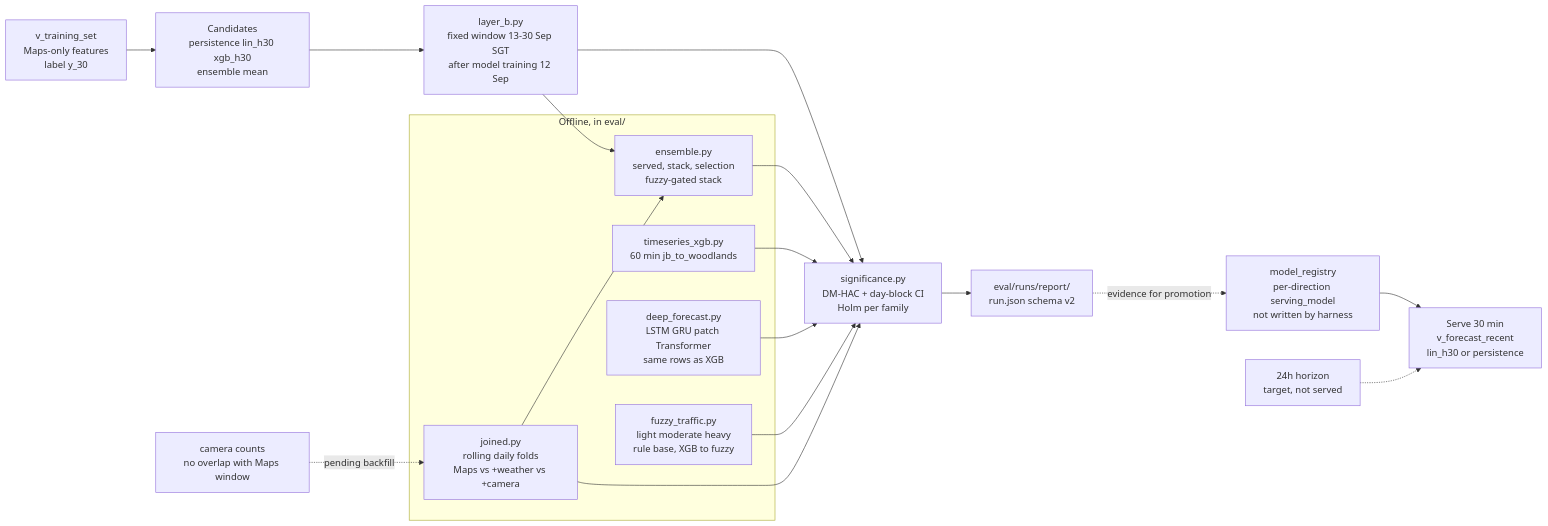
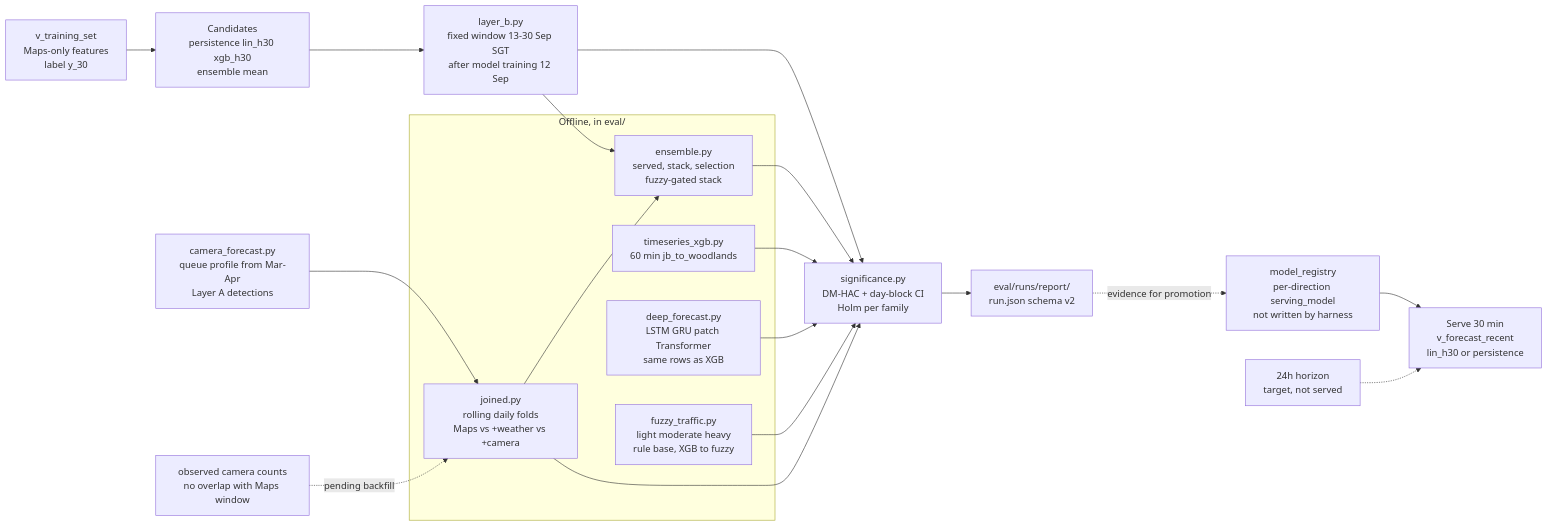
The second of 2 diagrams in docs/evaluation.md (sozuken-max/swiftborder), drawn with Mermaid before and after one commit. The commit also changed other lines of this file and 12 other files, not shown here.

Commit message:
Promote report with Layer A queue forecast arm; document results

````diff
--- a/docs/evaluation.md
+++ b/docs/evaluation.md
@@ -110,30 +110,31 @@
 ```mermaid
 flowchart LR
   DATA["v_training_set<br/>Maps-only features<br/>label y_30"]
   CAND["Candidates<br/>persistence lin_h30 xgb_h30<br/>ensemble mean"]
   HAR["layer_b.py<br/>fixed window 13-30 Sep SGT<br/>after model training 12 Sep"]
   SIG["significance.py<br/>DM-HAC + day-block CI<br/>Holm per family"]
   REP["eval/runs/report/<br/>run.json schema v2"]
   REG["model_registry<br/>per-direction serving_model<br/>not written by harness"]
   SRV["Serve 30 min<br/>v_forecast_recent<br/>lin_h30 or persistence"]
   DATA --> CAND --> HAR --> SIG --> REP
   REG --> SRV
   REP -.->|"evidence for promotion"| REG
 
   subgraph OFF["Offline, in eval/"]
     JX["joined.py<br/>rolling daily folds<br/>Maps vs +weather vs +camera"]
     EN["ensemble.py<br/>served, stack, selection<br/>fuzzy-gated stack"]
     OX["timeseries_xgb.py<br/>60 min jb_to_woodlands"]
     DL["deep_forecast.py<br/>LSTM GRU patch Transformer<br/>same rows as XGB"]
     FZ["fuzzy_traffic.py<br/>light moderate heavy<br/>rule base, XGB to fuzzy"]
   end
   HAR --> EN
   JX --> EN
   JX --> SIG
   EN --> SIG
   OX --> SIG
   DL --> SIG
   FZ --> SIG
-  CAM["camera counts<br/>no overlap with Maps window"] -.->|"pending backfill"| JX
+  CAMFC["camera_forecast.py<br/>queue profile from Mar-Apr<br/>Layer A detections"] --> JX
+  CAM["observed camera counts<br/>no overlap with Maps window"] -.->|"pending backfill"| JX
   INTENT["24h horizon<br/>target, not served"] -.-> SRV
 ```
````
